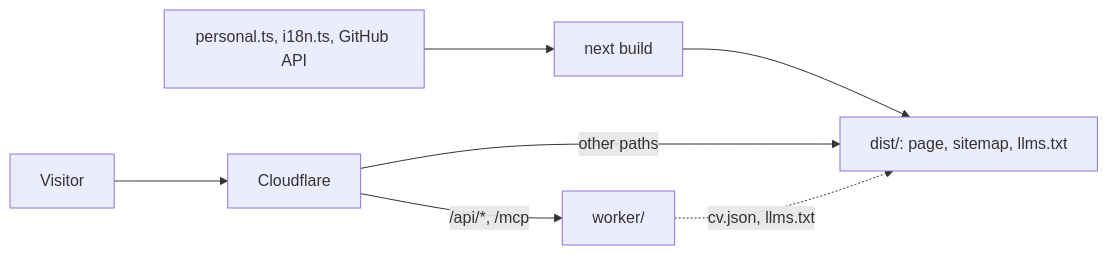
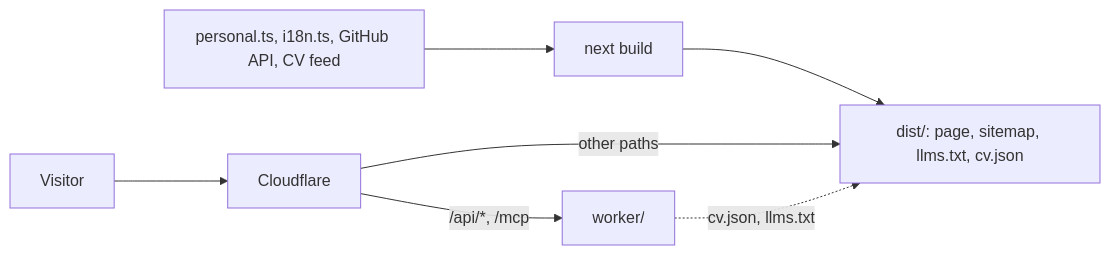
One commit to pavstev/website changed the diagram in README.md. Above: the diagram before and after it, drawn with Mermaid. The commit also changed other lines of this file and 13 other files, not shown here.

````diff
--- a/README.md
+++ b/README.md
@@ -22,8 +22,8 @@
 ```mermaid
 flowchart LR
-  data["personal.ts, i18n.ts, GitHub API"] --> build["next build"] --> dist["dist/: page, sitemap, llms.txt"]
+  data["personal.ts, i18n.ts, GitHub API, CV feed"] --> build["next build"] --> dist["dist/: page, sitemap, llms.txt, cv.json"]
   visitor["Visitor"] --> cf["Cloudflare"]
   cf -- "other paths" --> dist
   cf -- "/api/*, /mcp" --> worker["worker/"]
   worker -. "cv.json, llms.txt" .-> dist
 ```
````
